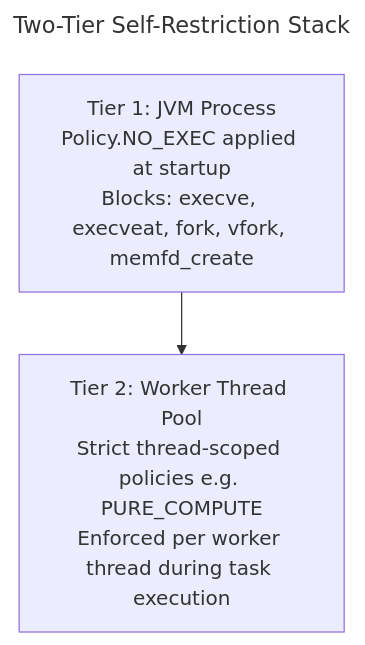
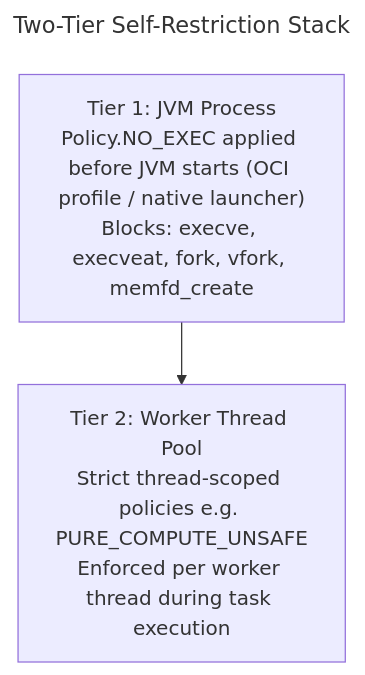
One commit to Pilleo/jseccomp changed the third of 4 diagrams in docs/presentation/article3-enforcement.md. Above: the diagram before and after it, drawn with Mermaid. The commit also changed other lines of this file and 4 other files, not shown here.

Commit message:
docs: update architectural diagrams and documentation for thread-level enforcement and isolation patterns

````diff
--- a/docs/presentation/article3-enforcement.md
+++ b/docs/presentation/article3-enforcement.md
@@ -116,9 +115,9 @@
 ```mermaid
 ---
 title: "Two-Tier Self-Restriction Stack"
 ---
 graph TD
-    JVM["Tier 1: JVM Process<br/>Policy.NO_EXEC applied at startup<br/>Blocks: execve, execveat, fork, vfork, memfd_create"]
-    Pool["Tier 2: Worker Thread Pool<br/>Strict thread-scoped policies e.g. PURE_COMPUTE<br/>Enforced per worker thread during task execution"]
+    JVM["Tier 1: JVM Process<br/>Policy.NO_EXEC applied before JVM starts (OCI profile / native launcher)<br/>Blocks: execve, execveat, fork, vfork, memfd_create"]
+    Pool["Tier 2: Worker Thread Pool<br/>Strict thread-scoped policies e.g. PURE_COMPUTE_UNSAFE<br/>Enforced per worker thread during task execution"]
     JVM --> Pool
 ```
````
